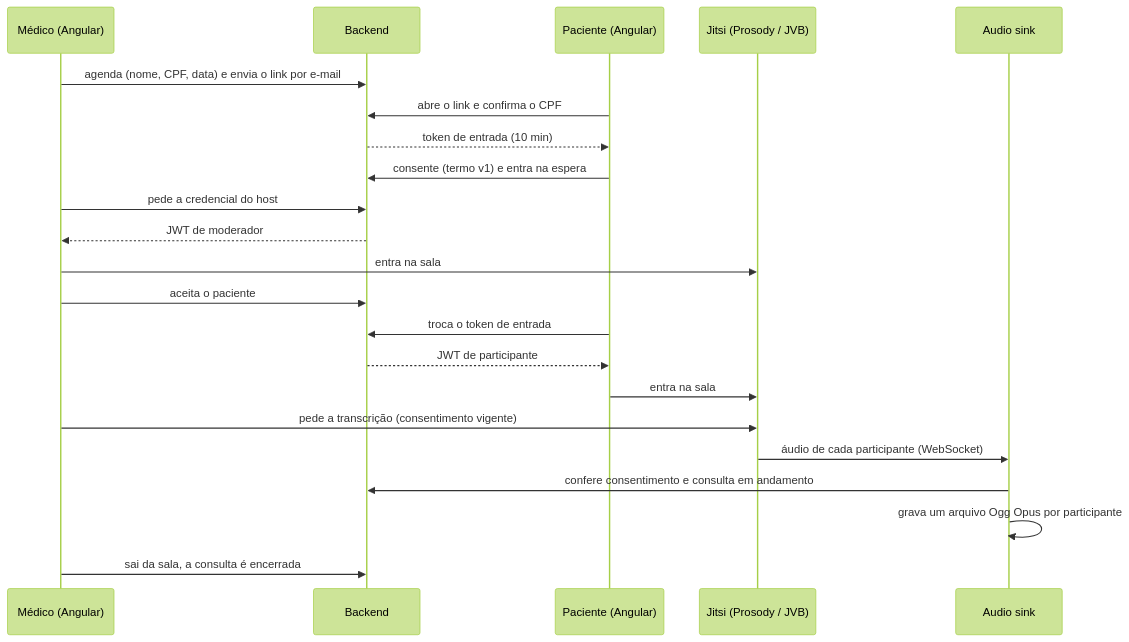
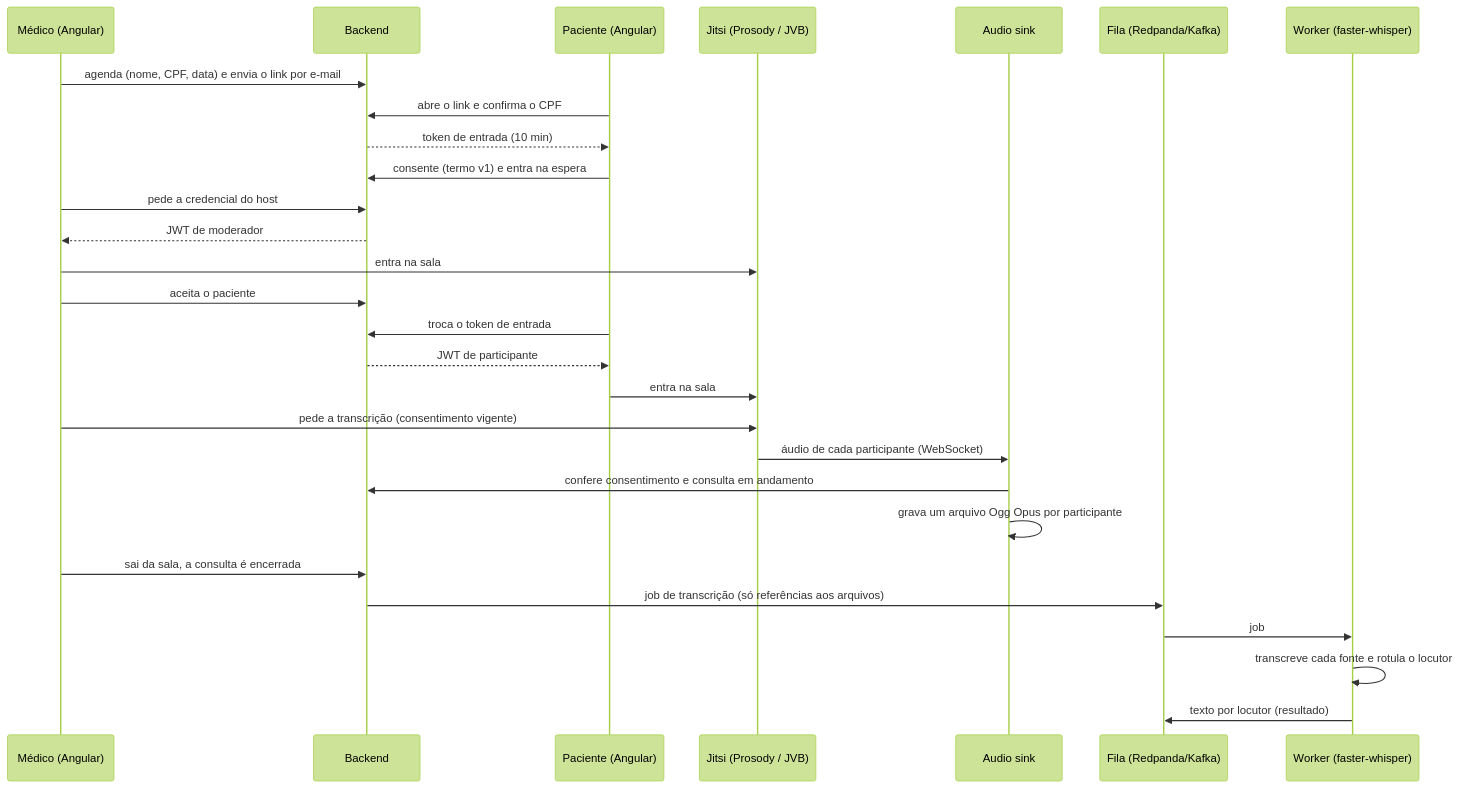
Before and after one commit to rbiasibetti/MediLink: the second of 2 diagrams in README.md, drawn with Mermaid (forest theme). The commit also changed other lines of this file and 54 other files, not shown here.

First line of the commit message:
feat: fila e worker de transcrição pós-consulta (T12)

````diff
--- a/README.md
+++ b/README.md
@@ -104,25 +110,31 @@
 ```mermaid
 sequenceDiagram
     participant M as Médico (Angular)
     participant B as Backend
     participant Pa as Paciente (Angular)
     participant J as Jitsi (Prosody / JVB)
     participant S as Audio sink
+    participant K as Fila (Redpanda/Kafka)
+    participant W as Worker (faster-whisper)
 
     M->>B: agenda (nome, CPF, data) e envia o link por e-mail
     Pa->>B: abre o link e confirma o CPF
     B-->>Pa: token de entrada (10 min)
     Pa->>B: consente (termo v1) e entra na espera
     M->>B: pede a credencial do host
     B-->>M: JWT de moderador
     M->>J: entra na sala
     M->>B: aceita o paciente
     Pa->>B: troca o token de entrada
     B-->>Pa: JWT de participante
     Pa->>J: entra na sala
     M->>J: pede a transcrição (consentimento vigente)
     J->>S: áudio de cada participante (WebSocket)
     S->>B: confere consentimento e consulta em andamento
     S->>S: grava um arquivo Ogg Opus por participante
     M->>B: sai da sala, a consulta é encerrada
+    B->>K: job de transcrição (só referências aos arquivos)
+    K->>W: job
+    W->>W: transcreve cada fonte e rotula o locutor
+    W->>K: texto por locutor (resultado)
 ```
````
